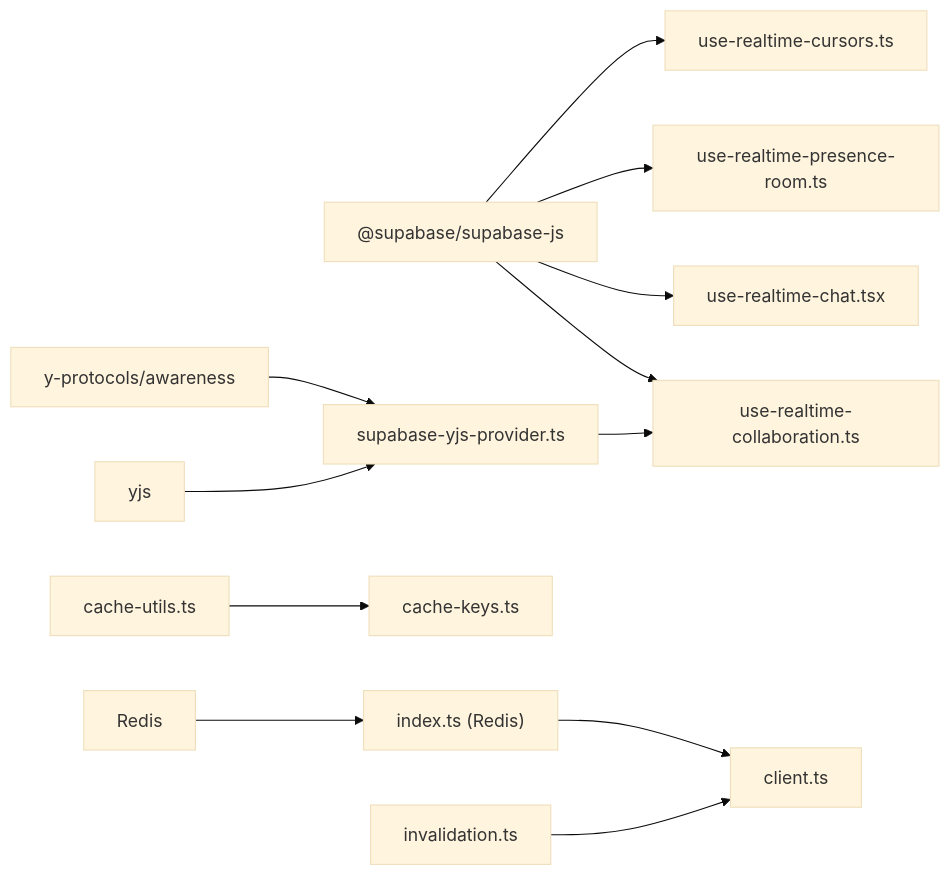
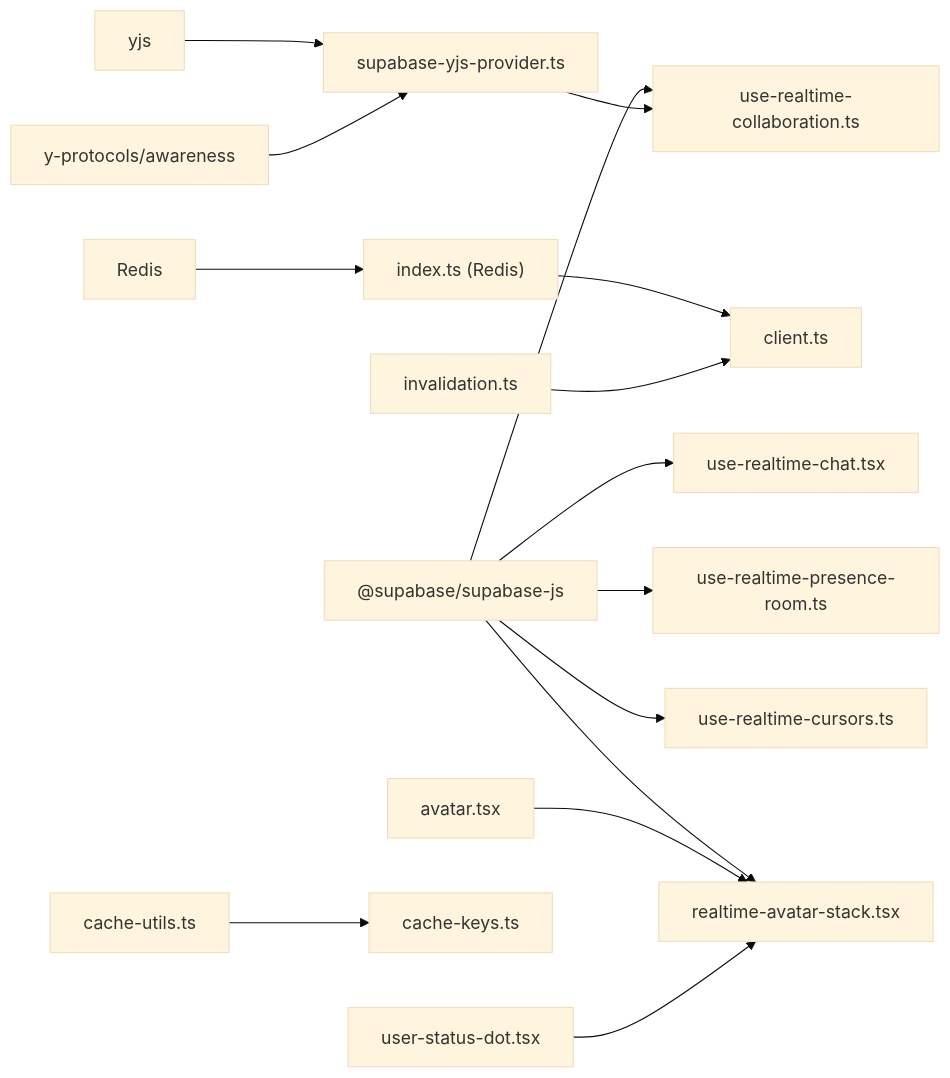
Before and after one commit to SinesysTech/zattar-os: diagram 12 of 12 in .qoder/repowiki/en/content/Real-time Features/Real-time Features.md, drawn with Mermaid (base theme). The commit also changed other lines of this file and 4 other files, not shown here.

````diff
--- a/.qoder/repowiki/en/content/Real-time Features/Real-time Features.md
+++ b/.qoder/repowiki/en/content/Real-time Features/Real-time Features.md
@@ -402,14 +509,17 @@
 ```mermaid
 graph LR
 Supabase["@supabase/supabase-js"] --> RTCollab["use-realtime-collaboration.ts"]
 Supabase --> RTChat["use-realtime-chat.tsx"]
 Supabase --> RTPres["use-realtime-presence-room.ts"]
 Supabase --> RTCurs["use-realtime-cursors.ts"]
+Supabase --> RTAvatar["realtime-avatar-stack.tsx"]
 Yjs["yjs"] --> YProvider["supabase-yjs-provider.ts"]
 Awareness["y-protocols/awareness"] --> YProvider
 YProvider --> RTCollab
+AvatarUI["avatar.tsx"] --> RTAvatar
+UserStatus["user-status-dot.tsx"] --> RTAvatar
 Redis["Redis"] --> RIndex["index.ts (Redis)"]
 RIndex --> RClient["client.ts"]
 RUtils["cache-utils.ts"] --> RKeys["cache-keys.ts"]
 RInv["invalidation.ts"] --> RClient
 ```
````
